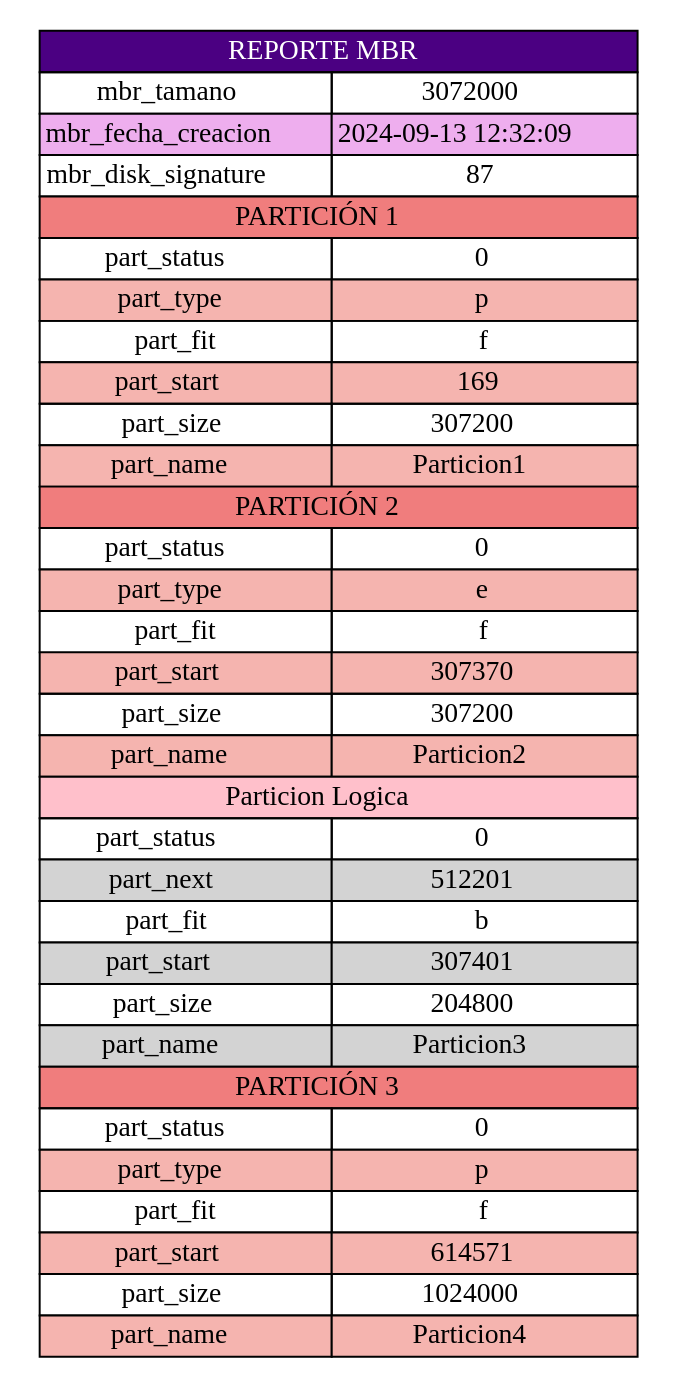
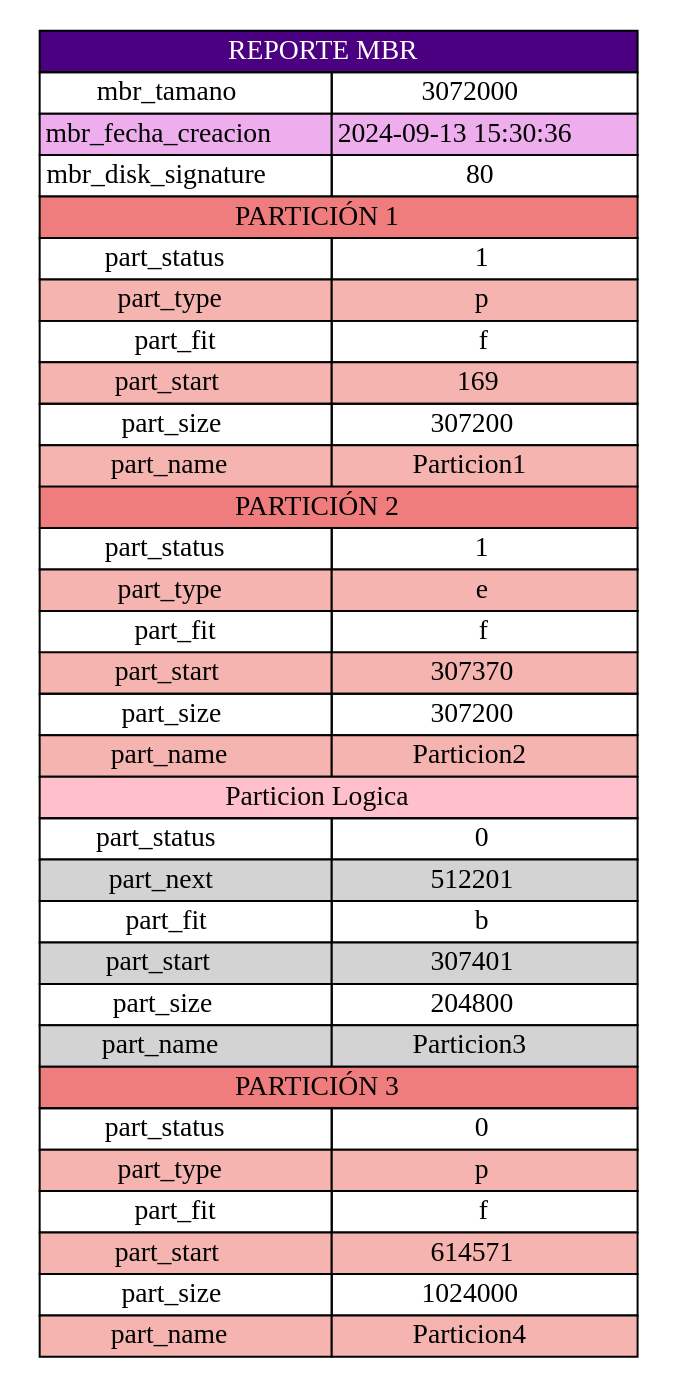
Before and after one commit to Josue013/MIA_2S_P1_202202481: the diagram in output/reporteMBR.pdf.dot, drawn with Graphviz. The commit also changed 16 other files, not shown here.

```diff
--- a/output/reporteMBR.pdf.dot
+++ b/output/reporteMBR.pdf.dot
@@ -1,40 +1,40 @@
 digraph G {
 			node [shape=plaintext]
 			tabla [label=<
 					<table border="0" cellborder="1" cellspacing="0">
 							<tr><td colspan="2" bgcolor="indigo"><font color="white">REPORTE MBR</font></td></tr>
 							<tr><td>mbr_tamano</td><td>3072000</td></tr>
-							<tr><td bgcolor="plum2">mbr_fecha_creacion</td><td bgcolor="plum2">2024-09-13 12:32:09</td></tr>
-							<tr><td>mbr_disk_signature</td><td>87</td></tr>
+							<tr><td bgcolor="plum2">mbr_fecha_creacion</td><td bgcolor="plum2">2024-09-13 15:30:36</td></tr>
+							<tr><td>mbr_disk_signature</td><td>80</td></tr>
 	
 					<tr><td colspan="2" bgcolor="#f07d7d"> PARTICIÓN 1 </td></tr>
-					<tr><td>part_status</td><td>0</td></tr>
+					<tr><td>part_status</td><td>1</td></tr>
 					<tr><td bgcolor="#f5b4af">part_type</td><td bgcolor="#f5b4af">p</td></tr>
 					<tr><td>part_fit</td><td>f</td></tr>
 					<tr><td bgcolor="#f5b4af">part_start</td><td bgcolor="#f5b4af">169</td></tr>
 					<tr><td>part_size</td><td>307200</td></tr>
 					<tr><td bgcolor="#f5b4af">part_name</td><td bgcolor="#f5b4af">Particion1</td></tr>
 			
 					<tr><td colspan="2" bgcolor="#f07d7d"> PARTICIÓN 2 </td></tr>
-					<tr><td>part_status</td><td>0</td></tr>
+					<tr><td>part_status</td><td>1</td></tr>
 					<tr><td bgcolor="#f5b4af">part_type</td><td bgcolor="#f5b4af">e</td></tr>
 					<tr><td>part_fit</td><td>f</td></tr>
 					<tr><td bgcolor="#f5b4af">part_start</td><td bgcolor="#f5b4af">307370</td></tr>
 					<tr><td>part_size</td><td>307200</td></tr>
 					<tr><td bgcolor="#f5b4af">part_name</td><td bgcolor="#f5b4af">Particion2</td></tr>
 						<TR><TD bgcolor="pink" COLSPAN="2">Particion Logica</TD></TR>
 			<TR><TD> part_status </TD><TD>0</TD></TR>
 			<TR><TD bgcolor="#D3D3D3"> part_next </TD><TD bgcolor="#D3D3D3">512201</TD></TR>
 			<TR><TD> part_fit </TD><TD>b</TD></TR>
 			<TR><TD bgcolor="#D3D3D3"> part_start </TD><TD bgcolor="#D3D3D3">307401</TD></TR>
 			<TR><TD> part_size </TD><TD>204800</TD></TR>
 			<TR><TD bgcolor="#D3D3D3"> part_name </TD><TD bgcolor="#D3D3D3">Particion3</TD></TR>
 
 					<tr><td colspan="2" bgcolor="#f07d7d"> PARTICIÓN 3 </td></tr>
 					<tr><td>part_status</td><td>0</td></tr>
 					<tr><td bgcolor="#f5b4af">part_type</td><td bgcolor="#f5b4af">p</td></tr>
 					<tr><td>part_fit</td><td>f</td></tr>
 					<tr><td bgcolor="#f5b4af">part_start</td><td bgcolor="#f5b4af">614571</td></tr>
 					<tr><td>part_size</td><td>1024000</td></tr>
 					<tr><td bgcolor="#f5b4af">part_name</td><td bgcolor="#f5b4af">Particion4</td></tr>
 			</table>>] }
```
